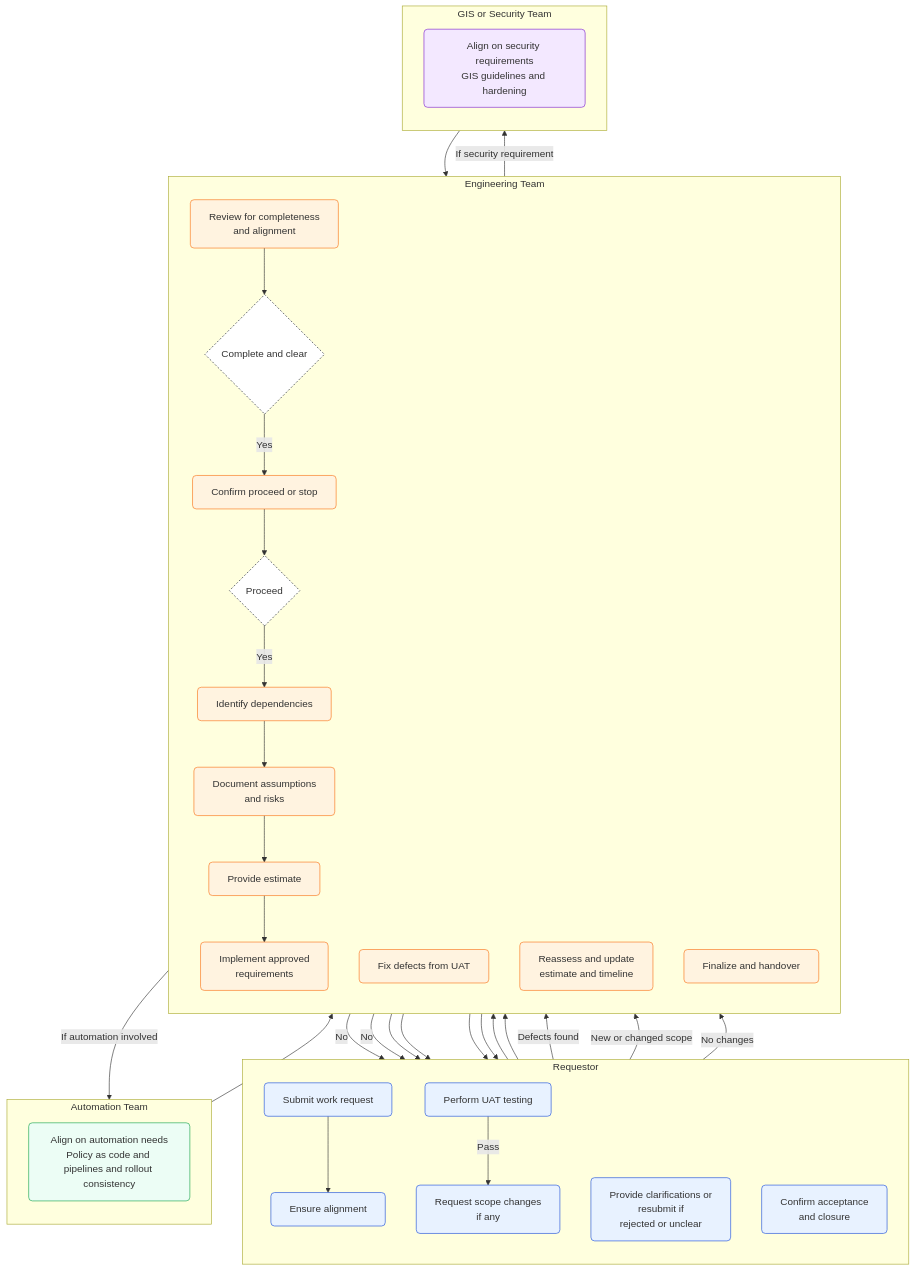
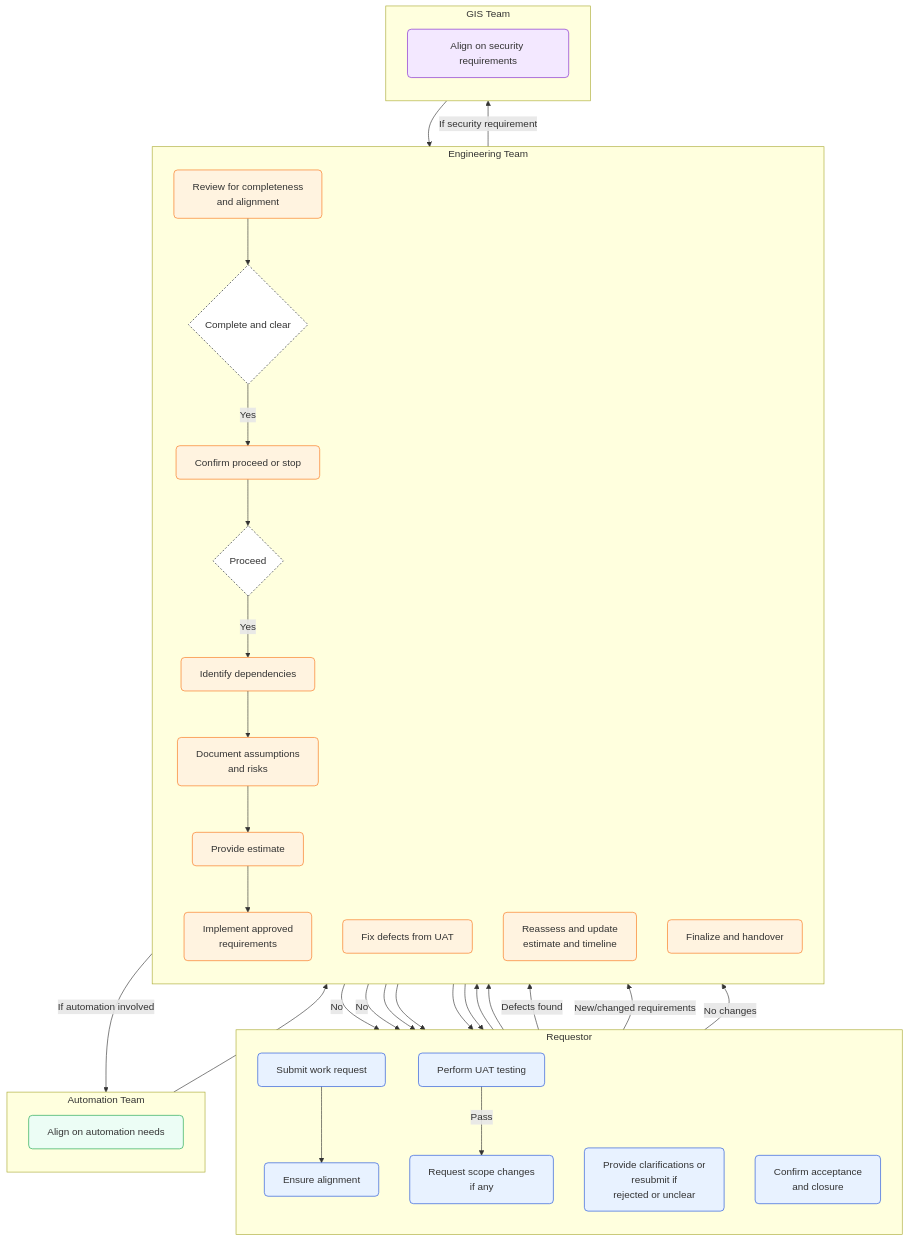
Before and after one commit to alpha2phi/alpha-trader: the diagram in WORK_INTAKE.md, drawn with Mermaid.

Commit message:
update diagram

````diff
--- a/WORK_INTAKE.md
+++ b/WORK_INTAKE.md
@@ -62,68 +62,66 @@
 ```mermaid
 
 flowchart TD
 %% ===== STYLES =====
 classDef req fill:#e8f2ff,stroke:#1d4ed8,stroke-width:1px,rx:6,ry:6;
 classDef eng fill:#fff3e0,stroke:#f97316,stroke-width:1px,rx:6,ry:6;
 classDef auto fill:#ecfdf5,stroke:#16a34a,stroke-width:1px,rx:6,ry:6;
 classDef gis fill:#f3e8ff,stroke:#7e22ce,stroke-width:1px,rx:6,ry:6;
 classDef gate fill:#ffffff,stroke:#111827,stroke-dasharray:3 3,rx:8,ry:8;
 
 %% ===== SWIMLANES =====
 subgraph R[Requestor]
 direction TB
   R1[Submit work request]:::req
   R1a[Ensure alignment]:::req
   R2[Provide clarifications or<br/>resubmit if<br/>rejected or unclear]:::req
   R3[Perform UAT testing]:::req
   R4[Request scope changes<br/>if any]:::req
   R5[Confirm acceptance <br/>and closure]:::req
 end
 
 subgraph E[Engineering Team]
 direction TB
   E1[Review for completeness <br/> and alignment]:::eng
   G1{Complete and clear}:::gate
   E2[Confirm proceed or stop]:::eng
   G2{Proceed}:::gate
   E3[Identify dependencies]:::eng
   E4[Document assumptions<br/>and risks]:::eng
   E5[Provide estimate]:::eng
   E6[Implement approved<br/>requirements]:::eng
   E7[Fix defects from UAT]:::eng
   E8[Reassess and update<br/>estimate and timeline]:::eng
   E9[Finalize and handover]:::eng
 end
 
 subgraph A[Automation Team]
 direction TB
-  A1[Align on automation needs
-Policy as code and pipelines and rollout consistency]:::auto
+  A1[Align on automation needs]:::auto
 end
 
-subgraph G[GIS or Security Team]
+subgraph G[GIS Team]
 direction TB
-  S1[Align on security requirements
-GIS guidelines and hardening]:::gis
+  S1[Align on security requirements]:::gis
 end
 
 %% ===== FLOW TOP DOWN =====
 R1 --> R1a --> E1
 E1 --> G1
 G1 -- "No" --> R2 --> E1
 G1 -- "Yes" --> E2
 E2 --> G2
 G2 -- "No" --> R2
 G2 -- "Yes" --> E3 --> E4 --> E5 --> E6
 
 E6 -->|If automation involved| A1 --> E6
 E6 -->|If security requirement| S1 --> E6
 
 E6 --> R3
 R3 -->|Defects found| E7 --> R3
 R3 -->|Pass| R4
 
-R4 -->|New or changed scope| E8 --> R3
+R4 -->|New/changed requirements| E8 --> R3
 R4 -->|No changes| E9 --> R5
 
 ```
````
